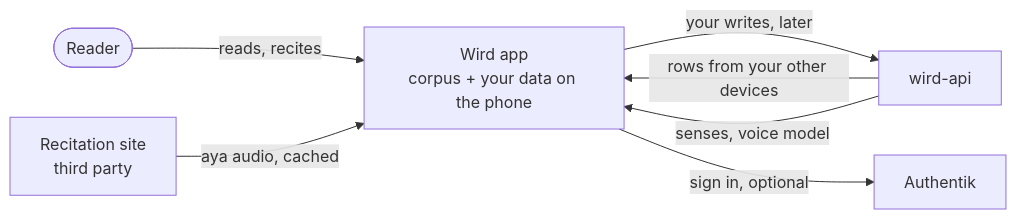
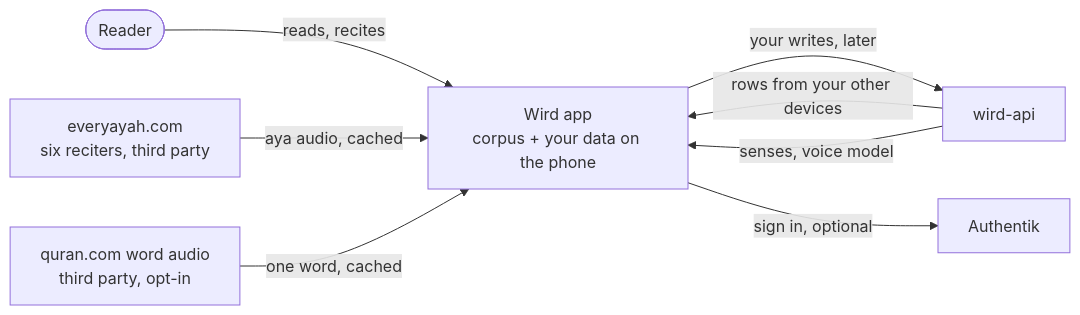
Before and after one commit to MohammadBnei/wird: the first of 5 diagrams in docs/architecture/app.md, drawn with Mermaid. The commit also changed other lines of this file and 14 other files, not shown here.

First line of the commit message:
Record the reciters and the word-by-word voice in ADR 0023 and the docs

````diff
--- a/docs/architecture/app.md
+++ b/docs/architecture/app.md
@@ -17,15 +17,17 @@
 ```mermaid
 flowchart LR
   reader([Reader])
   app["Wird app<br/>corpus + your data on the phone"]
   api["wird-api"]
   idp["Authentik"]
-  audio["Recitation site<br/>third party"]
+  audio["everyayah.com<br/>six reciters, third party"]
+  wbw["quran.com word audio<br/>third party, opt-in"]
 
   reader -->|"reads, recites"| app
   app -->|"your writes, later"| api
   api -->|"rows from your other devices"| app
   api -->|"senses, voice model"| app
   app -->|"sign in, optional"| idp
   audio -->|"aya audio, cached"| app
+  wbw -->|"one word, cached"| app
 ```
````
